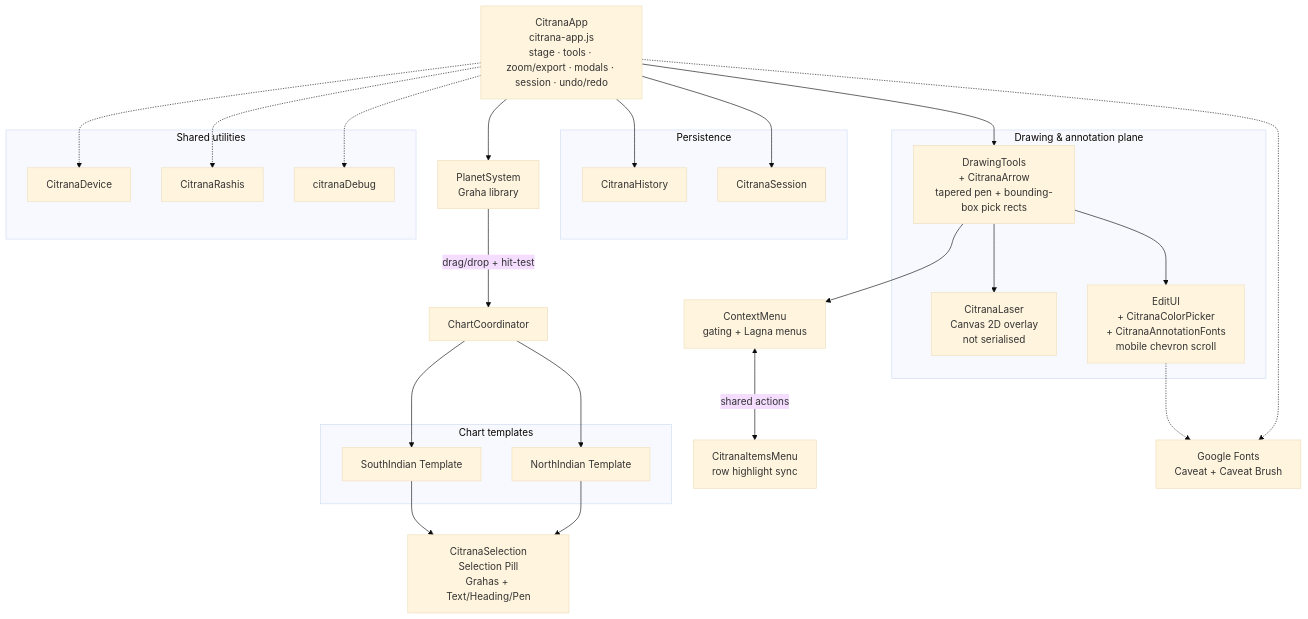
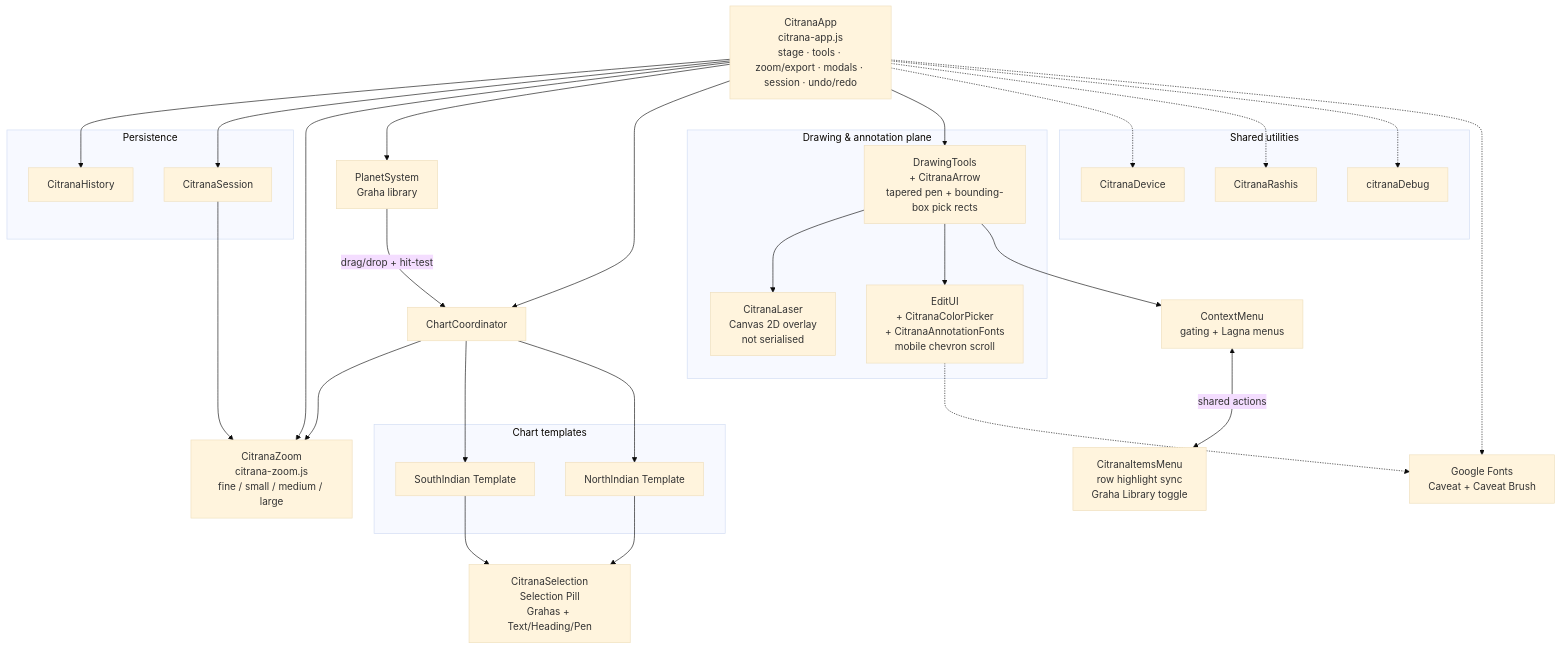
The diagram in ARCHITECTURE.md (IAmVigneswaran/Soothsayer-Citrana), drawn with Mermaid (base theme) before and after one commit. The commit also changed other lines of this file and 2 other files, not shown here.

Commit message:
Sync agent docs with 2.0 codebase (CitranaZoom, Help Guide, architecture diagram)

````diff
--- a/ARCHITECTURE.md
+++ b/ARCHITECTURE.md
@@ -55,57 +72,63 @@
 ```mermaid
 flowchart TB
     App["CitranaApp<br/>citrana-app.js<br/>stage · tools · zoom/export · modals · session · undo/redo"]
 
     subgraph Persistence["Persistence"]
         History["CitranaHistory"]
         Session["CitranaSession"]
     end
+
+    Zoom["CitranaZoom<br/>citrana-zoom.js<br/>fine / small / medium / large"]
 
     PlanetSystem["PlanetSystem<br/>Graha library"]
     Coordinator["ChartCoordinator"]
 
     subgraph ChartTemplates["Chart templates"]
         South["SouthIndian Template"]
         North["NorthIndian Template"]
     end
 
     Selection["CitranaSelection<br/>Selection Pill<br/>Grahas + Text/Heading/Pen"]
 
     subgraph DrawingPlane["Drawing & annotation plane"]
         DrawingTools["DrawingTools<br/>+ CitranaArrow<br/>tapered pen + bounding-box pick rects"]
         Laser["CitranaLaser<br/>Canvas 2D overlay<br/>not serialised"]
         EditUI["EditUI<br/>+ CitranaColorPicker<br/>+ CitranaAnnotationFonts<br/>mobile chevron scroll"]
     end
 
     ContextMenu["ContextMenu<br/>gating + Lagna menus"]
-    ItemsMenu["CitranaItemsMenu<br/>row highlight sync"]
+    ItemsMenu["CitranaItemsMenu<br/>row highlight sync<br/>Graha Library toggle"]
 
     subgraph Shared["Shared utilities"]
         Device["CitranaDevice"]
         Rashis["CitranaRashis"]
         Debug["citranaDebug"]
     end
 
     Fonts["Google Fonts<br/>Caveat + Caveat Brush"]
 
     App --> History
     App --> Session
+    App --> Zoom
     App --> PlanetSystem
+    App --> Coordinator
+    Session --> Zoom
+    Coordinator --> Zoom
     PlanetSystem -->|"drag/drop + hit-test"| Coordinator
     Coordinator --> South
     Coordinator --> North
     South --> Selection
     North --> Selection
 
     App --> DrawingTools
     DrawingTools --> Laser
     DrawingTools --> EditUI
     DrawingTools --> ContextMenu
     ContextMenu <-->|"shared actions"| ItemsMenu
 
     App -.-> Device
     App -.-> Rashis
     App -.-> Debug
     EditUI -.-> Fonts
     App -.-> Fonts
 ```
````
